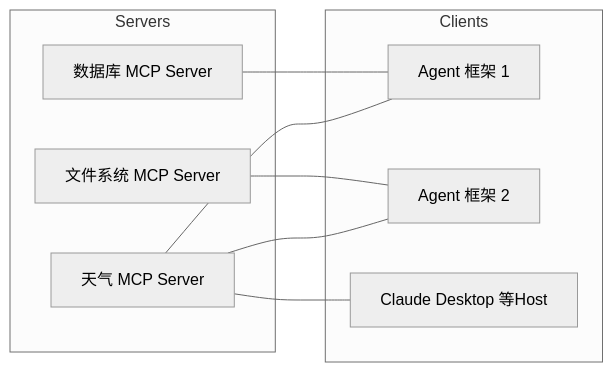
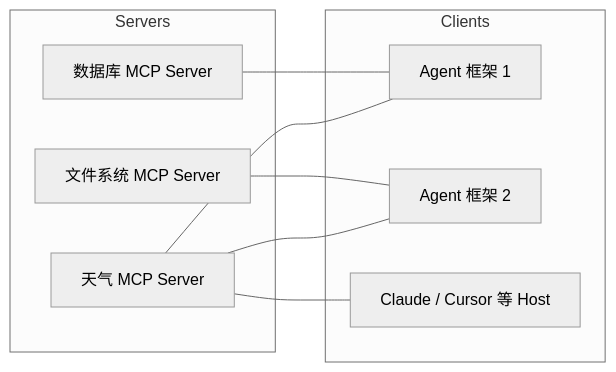
Before and after one commit to AI-learning-simple/Build-Your-Own-LLM: the second of 4 diagrams in 3. Agent/9. 智能体协议家族（Agent Protocol Family）——MCP、A2A 与 AG-UI 的连接对象.md, drawn with Mermaid (neutral theme). The commit also changed other lines of this file and 43 other files, not shown here.

````diff
--- a/3. Agent/9. 智能体协议家族（Agent Protocol Family）——MCP、A2A 与 AG-UI 的连接对象.md
+++ b/3. Agent/9. 智能体协议家族（Agent Protocol Family）——MCP、A2A 与 AG-UI 的连接对象.md
@@ -40,18 +52,18 @@
 ```mermaid
 flowchart LR
     subgraph Servers
         A[天气 MCP Server]
         B[数据库 MCP Server]
         C[文件系统 MCP Server]
     end
     subgraph Clients
         D[Agent 框架 1]
         E[Agent 框架 2]
-        F[Claude Desktop 等Host]
+        F[Claude / Cursor 等 Host]
     end
     A --- D
     A --- E
     A --- F
     B --- D
     C --- E
 ```
````
